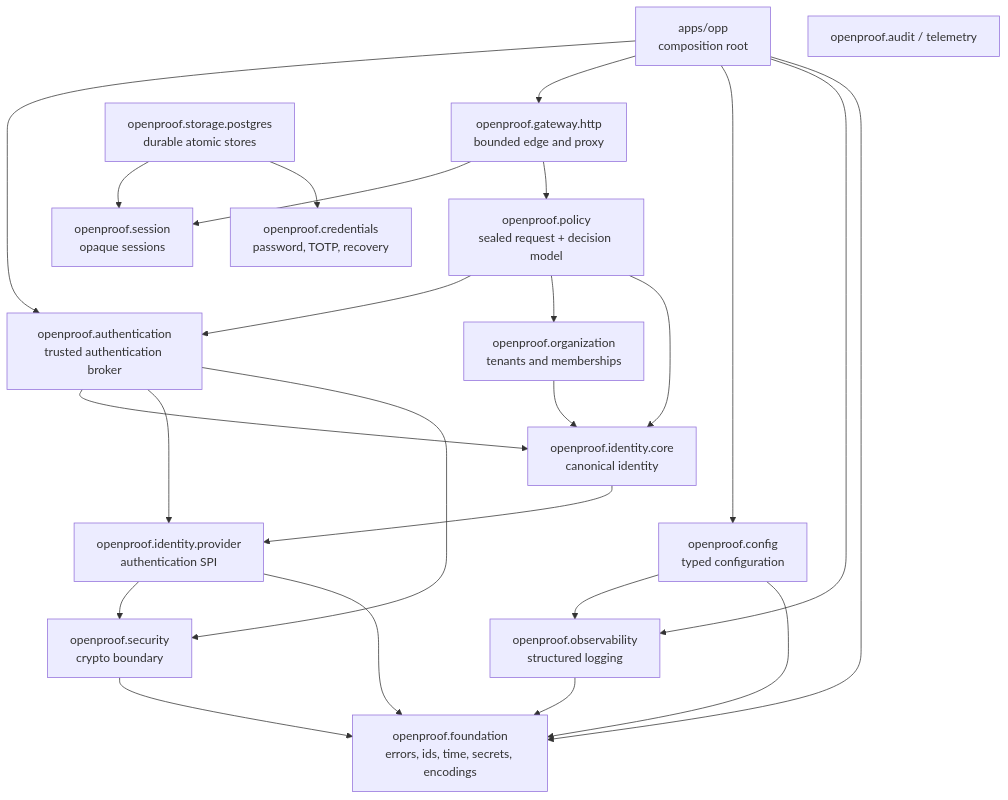
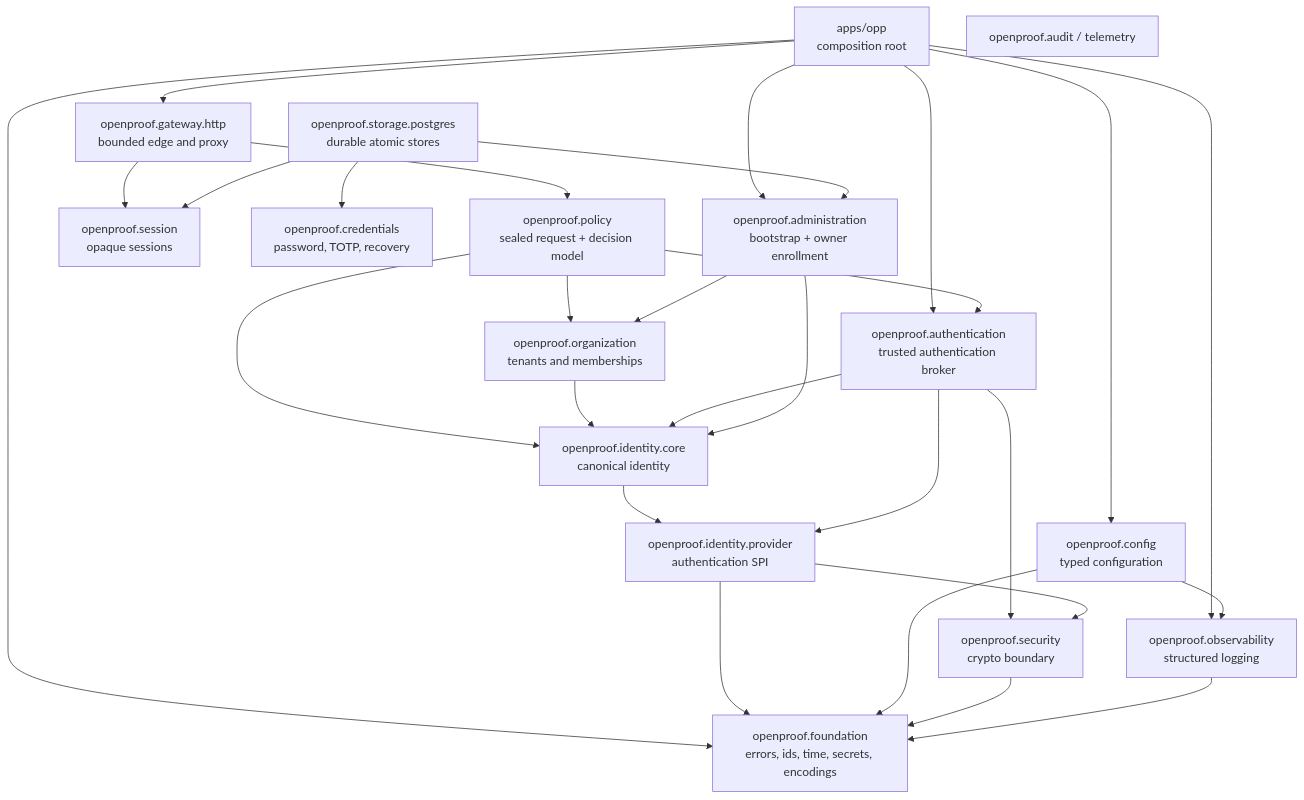
Before and after one commit to genyleap/openproof: the first of 2 diagrams in docs/01-ARCHITECTURE.md, drawn with Mermaid. The commit also changed other lines of this file and 26 other files, not shown here.

````diff
--- a/docs/01-ARCHITECTURE.md
+++ b/docs/01-ARCHITECTURE.md
@@ -16,44 +16,49 @@
 ```mermaid
 graph TD
     opp["apps/opp<br/>composition root"]
 
     auth["openproof.authentication<br/>trusted authentication broker"]
+    admin["openproof.administration<br/>bootstrap + owner enrollment"]
     sess["openproof.session<br/>opaque sessions"]
     cred["openproof.credentials<br/>password, TOTP, recovery"]
     gw["openproof.gateway.http<br/>bounded edge and proxy"]
     pg["openproof.storage.postgres<br/>durable atomic stores"]
     audit["openproof.audit / telemetry"]
     idp["openproof.identity.provider<br/>authentication SPI"]
     core["openproof.identity.core<br/>canonical identity"]
     org["openproof.organization<br/>tenants and memberships"]
     policy["openproof.policy<br/>sealed request + decision model"]
     config["openproof.config<br/>typed configuration"]
     security["openproof.security<br/>crypto boundary"]
     obs["openproof.observability<br/>structured logging"]
     fnd["openproof.foundation<br/>errors, ids, time, secrets, encodings"]
 
     opp --> auth
+    opp --> admin
     opp --> gw
     opp --> config
     opp --> obs
     opp --> fnd
 
     policy --> auth
     policy --> org
     policy --> core
     org --> core
     core --> idp
     auth --> core
     auth --> idp
     auth --> security
+    admin --> org
+    admin --> core
+    pg --> admin
     gw --> sess
     gw --> policy
     pg --> sess
     pg --> cred
     idp --> security
     idp --> fnd
     config --> obs
     config --> fnd
     security --> fnd
     obs --> fnd
 ```
````
